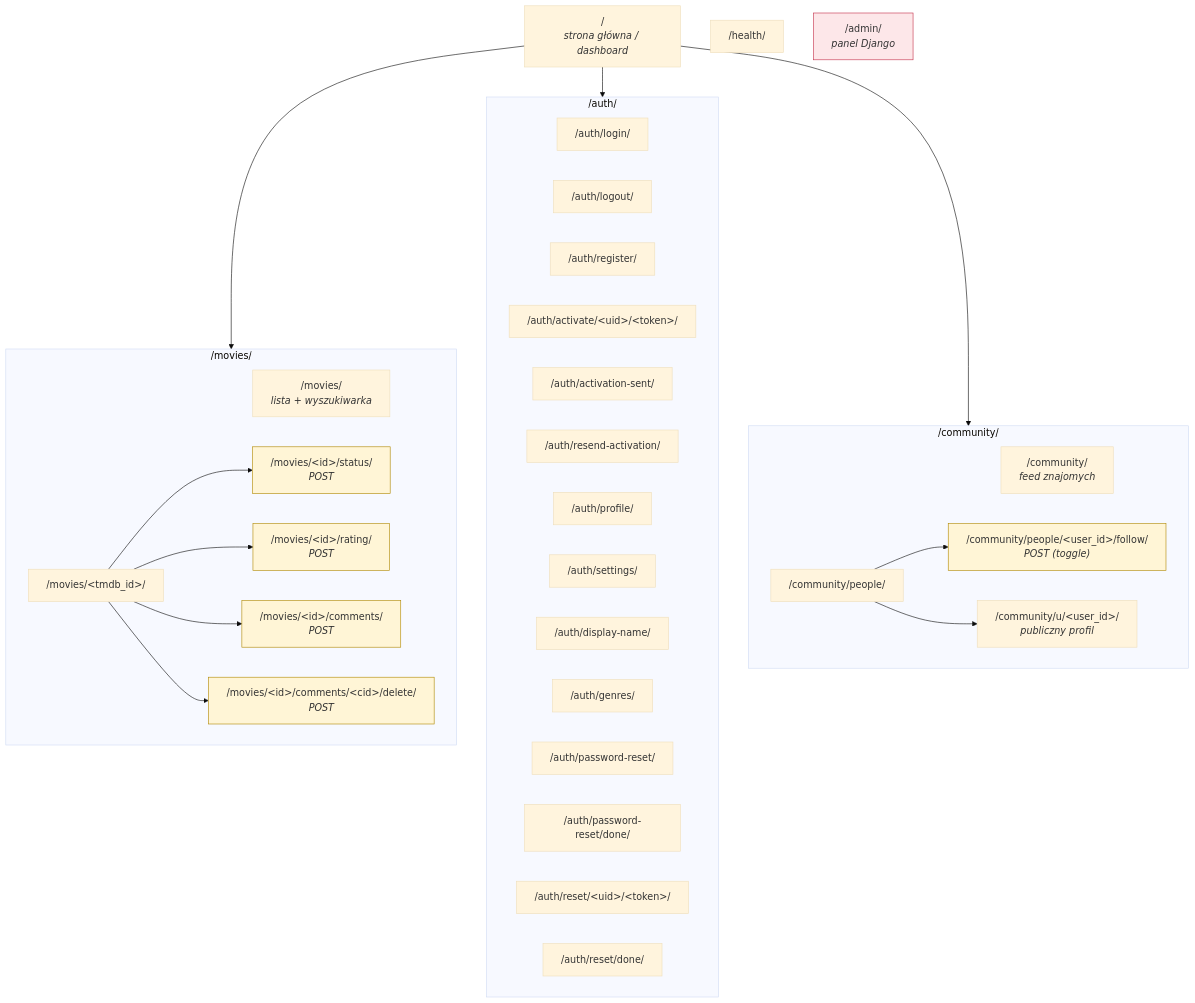
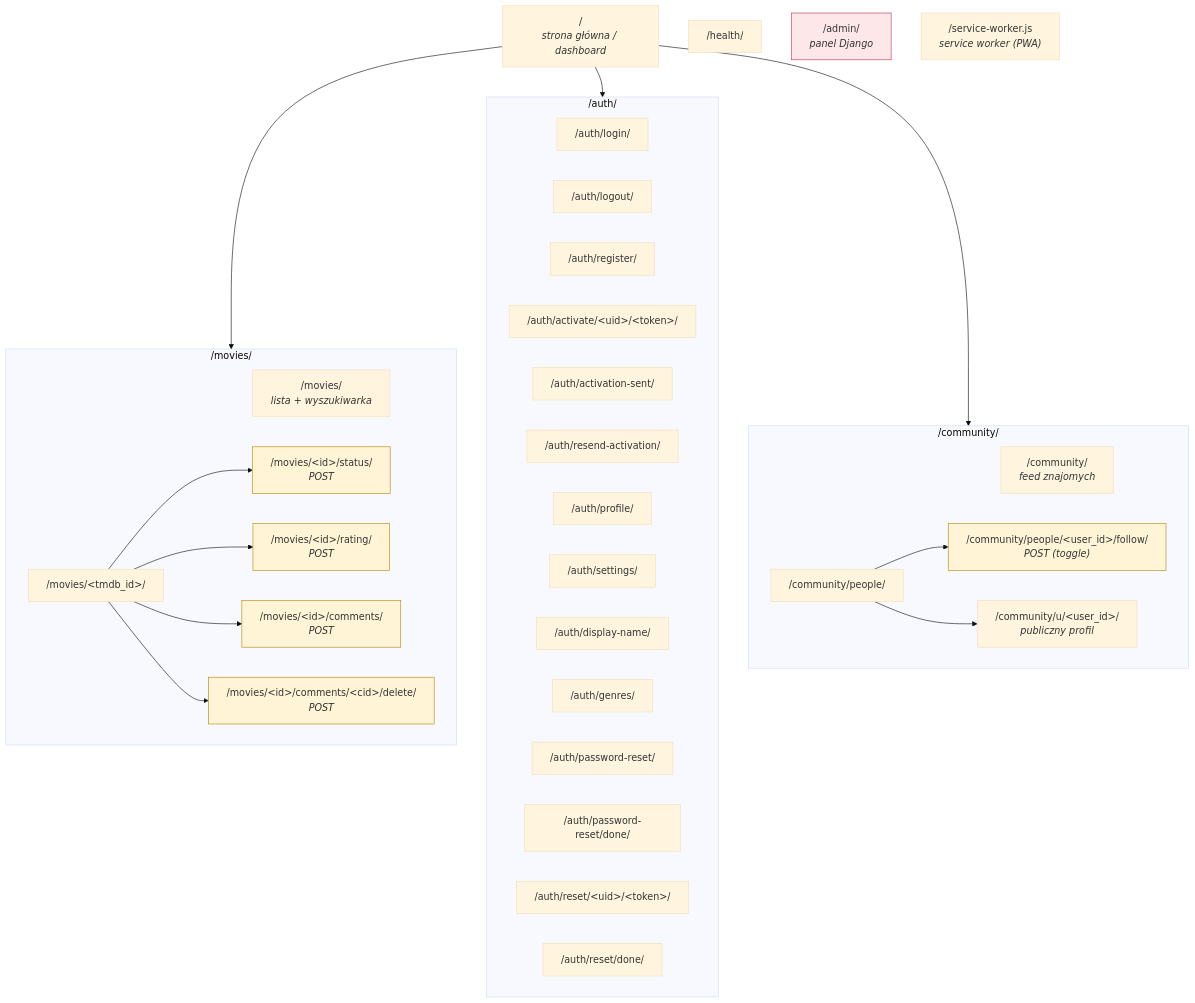
Before and after one commit to agatav13/aster: the diagram in docs/ux/sitemap.md, drawn with Mermaid (base theme). The commit also changed other lines of this file and 5 other files, not shown here.

````diff
--- a/docs/ux/sitemap.md
+++ b/docs/ux/sitemap.md
@@ -8,56 +8,57 @@
 ```mermaid
 graph TD
     root["/<br/><i>strona główna / dashboard</i>"]
     health["/health/"]
     admin["/admin/<br/><i>panel Django</i>"]
+    sw["/service-worker.js<br/><i>service worker (PWA)</i>"]
 
     subgraph Auth["/auth/"]
       login["/auth/login/"]
       logout["/auth/logout/"]
       register["/auth/register/"]
       activate["/auth/activate/&lt;uid&gt;/&lt;token&gt;/"]
       activation_sent["/auth/activation-sent/"]
       resend["/auth/resend-activation/"]
       profile["/auth/profile/"]
       settings["/auth/settings/"]
       display_name["/auth/display-name/"]
       genres["/auth/genres/"]
       pwreset["/auth/password-reset/"]
       pwreset_done["/auth/password-reset/done/"]
       pwreset_confirm["/auth/reset/&lt;uid&gt;/&lt;token&gt;/"]
       pwreset_complete["/auth/reset/done/"]
     end
 
     subgraph Movies["/movies/"]
       list["/movies/<br/><i>lista + wyszukiwarka</i>"]
       detail["/movies/&lt;tmdb_id&gt;/"]
       status_act["/movies/&lt;id&gt;/status/<br/><i>POST</i>"]
       rating_act["/movies/&lt;id&gt;/rating/<br/><i>POST</i>"]
       comment_create["/movies/&lt;id&gt;/comments/<br/><i>POST</i>"]
       comment_del["/movies/&lt;id&gt;/comments/&lt;cid&gt;/delete/<br/><i>POST</i>"]
     end
 
     subgraph Community["/community/"]
       feed["/community/<br/><i>feed znajomych</i>"]
       people["/community/people/"]
       profile_pub["/community/u/&lt;user_id&gt;/<br/><i>publiczny profil</i>"]
       follow_act["/community/people/&lt;user_id&gt;/follow/<br/><i>POST (toggle)</i>"]
     end
 
     root --> Movies
     root --> Auth
     root --> Community
     detail --> status_act
     detail --> rating_act
     detail --> comment_create
     detail --> comment_del
     people --> follow_act
     people --> profile_pub
 
     style admin fill:#fde7e9,stroke:#c4314b
     style status_act fill:#fff5d6,stroke:#b08800
     style rating_act fill:#fff5d6,stroke:#b08800
     style comment_create fill:#fff5d6,stroke:#b08800
     style comment_del fill:#fff5d6,stroke:#b08800
     style follow_act fill:#fff5d6,stroke:#b08800
 ```
````
